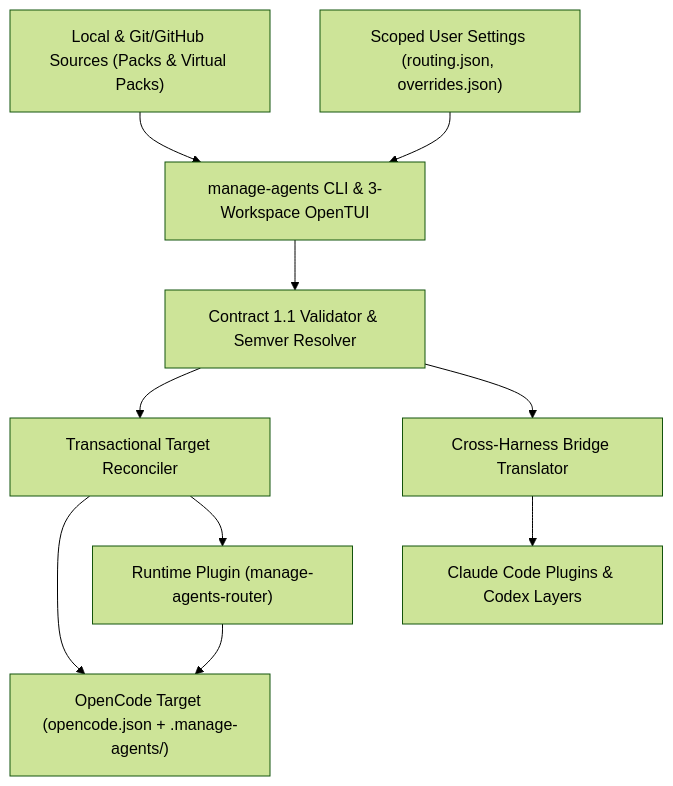
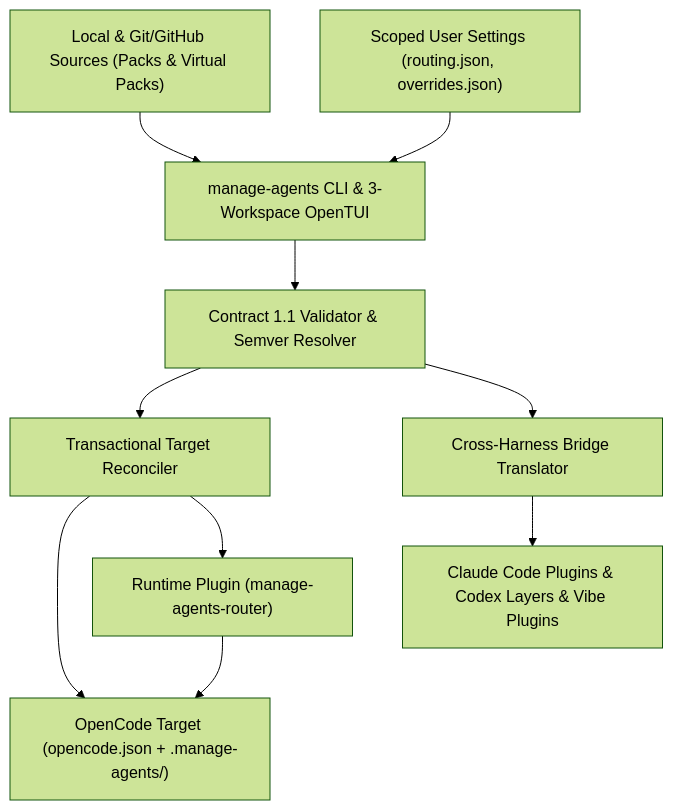
The diagram in README.md (lorecanc/manage-agents), drawn with Mermaid (forest theme) before and after one commit. The commit also changed other lines of this file and 27 other files, not shown here.

````diff
--- a/README.md
+++ b/README.md
@@ -23,12 +23,12 @@
 ```mermaid
 graph TD
     Sources["Local & Git/GitHub Sources (Packs & Virtual Packs)"] --> Engine["manage-agents CLI & 3-Workspace OpenTUI"]
     Settings["Scoped User Settings (routing.json, overrides.json)"] --> Engine
     Engine --> Validator["Contract 1.1 Validator & Semver Resolver"]
     Validator --> Installer["Transactional Target Reconciler"]
     Validator --> Translator["Cross-Harness Bridge Translator"]
     Installer --> Target["OpenCode Target (opencode.json + .manage-agents/)"]
     Installer --> Router["Runtime Plugin (manage-agents-router)"]
     Router --> Target
-    Translator --> Bridges["Claude Code Plugins & Codex Layers"]
+    Translator --> Bridges["Claude Code Plugins & Codex Layers & Vibe Plugins"]
 ```
````
